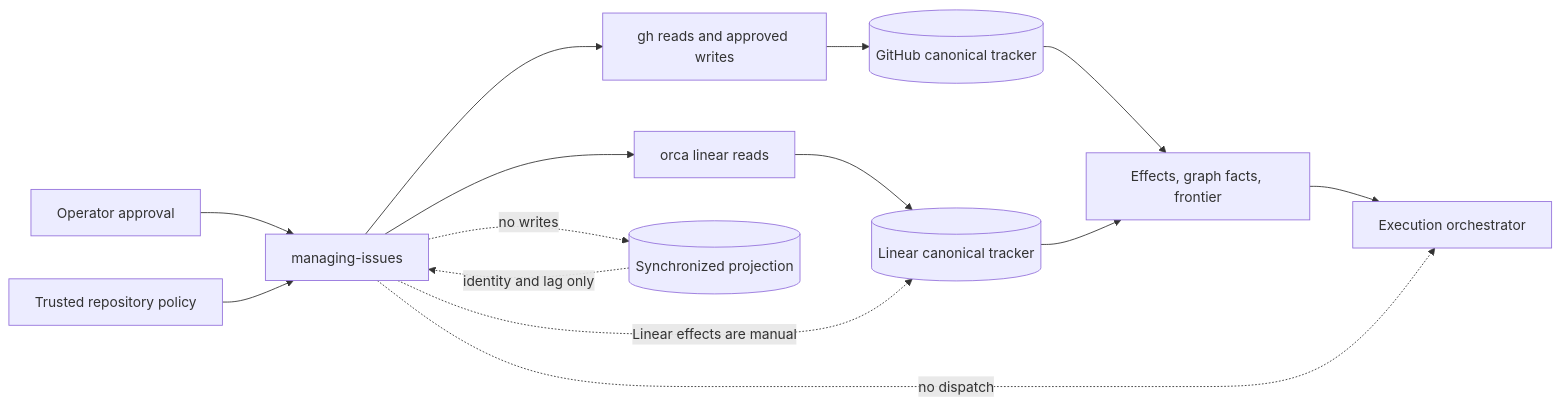
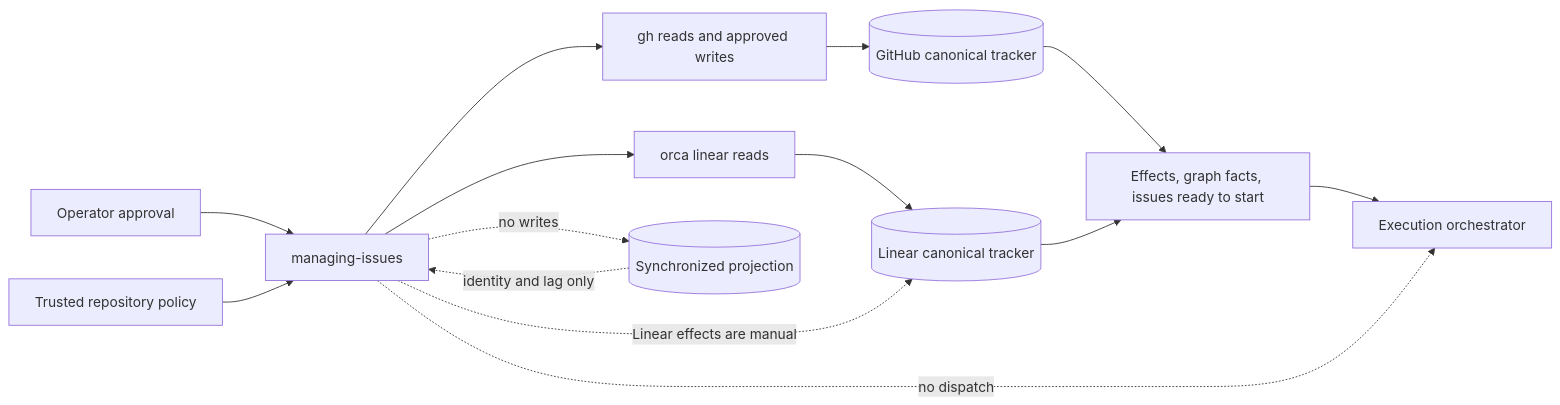
One commit to jrgilbertson/the-rookery changed the diagram in docs/plans/2026-08-12-001-feat-managing-issues-skill-plan.md. Above: the diagram before and after it, drawn with Mermaid. The commit also changed other lines of this file and 9 other files, not shown here.

Commit message:
docs: replace Ready Frontier with plain language

````diff
--- a/docs/plans/2026-08-12-001-feat-managing-issues-skill-plan.md
+++ b/docs/plans/2026-08-12-001-feat-managing-issues-skill-plan.md
@@ -171,17 +171,17 @@
 ```mermaid
 flowchart LR
   O[Operator approval] --> S[managing-issues]
   P[Trusted repository policy] --> S
   S --> H[gh reads and approved writes]
   S --> L[orca linear reads]
   H --> T[(GitHub canonical tracker)]
   L --> LT[(Linear canonical tracker)]
   X[(Synchronized projection)] -. identity and lag only .-> S
-  T --> R[Effects, graph facts, frontier]
+  T --> R[Effects, graph facts, issues ready to start]
   LT --> R
   R --> E[Execution orchestrator]
 
   S -. no writes .-> X
   S -. Linear effects are manual .-> LT
   S -. no dispatch .-> E
 ```
````
